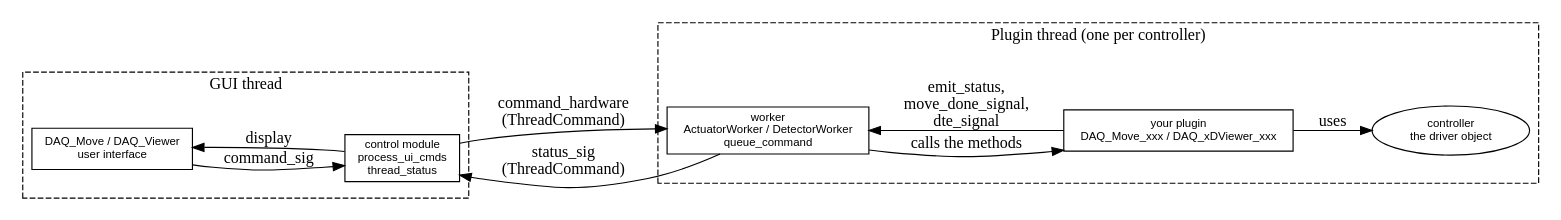
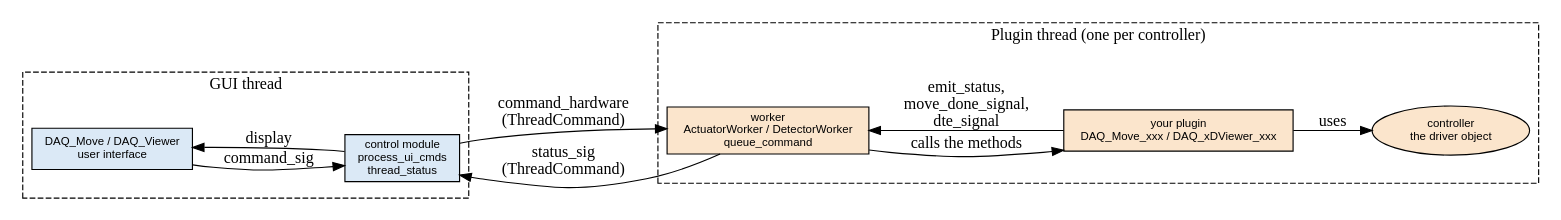
The first of 4 diagrams in docs/src/developer_folder/plugin_workflow.rst (PyMoDAQ/PyMoDAQ), drawn with Graphviz before and after one commit. The commit also changed other lines of this file, not shown here.

First line of the commit message:
Use the GUI/plugin thread colours in all diagrams of the plugin workflow page

```diff
--- a/docs/src/developer_folder/plugin_workflow.rst
+++ b/docs/src/developer_folder/plugin_workflow.rst
@@ -22,19 +22,19 @@
 .. graphviz::
    :caption: The three layers and the threads
 
    digraph layers {
      rankdir=LR; node [shape=box, fontname="Helvetica", fontsize=10];
-     subgraph cluster_gui { label="GUI thread"; style=dashed;
+     subgraph cluster_gui { label="GUI thread"; style=dashed; node [style=filled, fillcolor="#dbe9f6"];
        ui [label="DAQ_Move / DAQ_Viewer\nuser interface"];
        cm [label="control module\nprocess_ui_cmds\nthread_status"]; }
-     subgraph cluster_pl { label="Plugin thread (one per controller)"; style=dashed;
+     subgraph cluster_pl { label="Plugin thread (one per controller)"; style=dashed; node [style=filled, fillcolor="#fbe5cc"];
        w [label="worker\nActuatorWorker / DetectorWorker\nqueue_command"];
        p [label="your plugin\nDAQ_Move_xxx / DAQ_xDViewer_xxx"];
        c [label="controller\nthe driver object", shape=ellipse]; }
      ui -> cm [label="command_sig"]; cm -> ui [label="display"];
      cm -> w [label="command_hardware\n(ThreadCommand)"];
      w -> cm [label="status_sig\n(ThreadCommand)"];
      w -> p [label="calls the methods"];
      p -> w [label="emit_status,\nmove_done_signal,\ndte_signal"];
      p -> c [label="uses"];
    }
```
